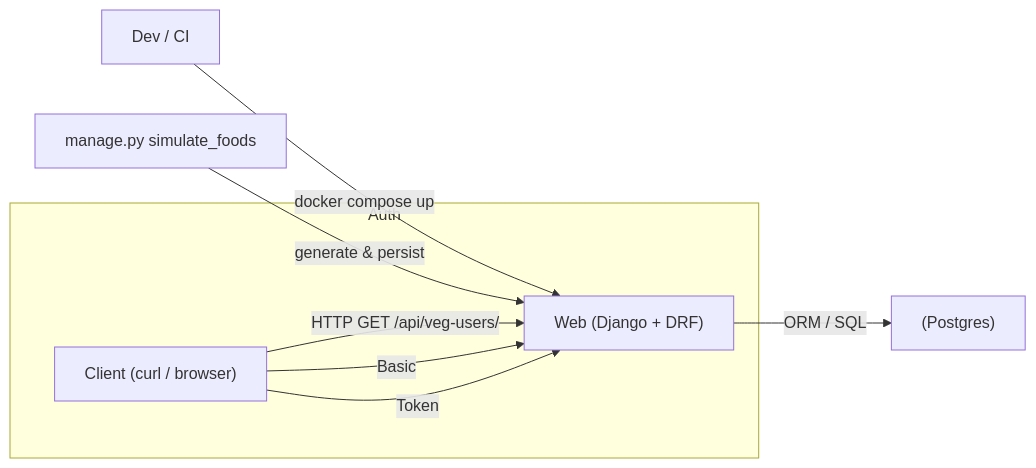
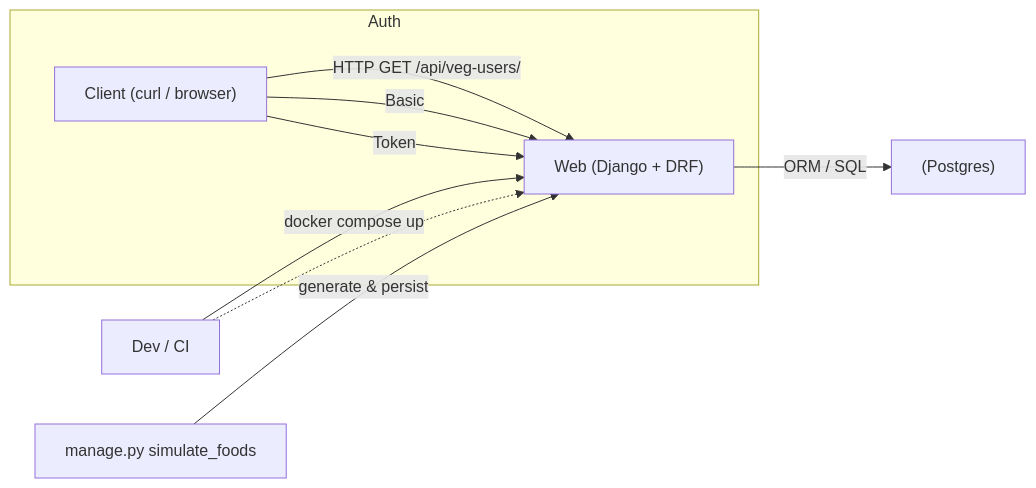
Before and after one commit to caiobassetti/elephant-food-bot: the diagram in README.md, drawn with Mermaid.

Commit message:
Fix README mermaid diagram

````diff
--- a/README.md
+++ b/README.md
@@ -15,18 +15,21 @@
 ```mermaid
 flowchart LR
   Dev["Dev / CI"]
   Web["Web (Django + DRF)"]
   DB["(Postgres)"]
   Cmd["manage.py simulate_foods"]
   Client["Client (curl / browser)"]
 
   Dev -->|docker compose up| Web
   Cmd -->|generate & persist| Web
   Client -->|HTTP GET /api/veg-users/| Web
   Web -->|ORM / SQL| DB
 
   subgraph Auth
     Client -->|Basic| Web
     Client -->|Token| Web
   end
+
+  %% invisible alignment edge
+  Dev -.-> Web
 ```
````
